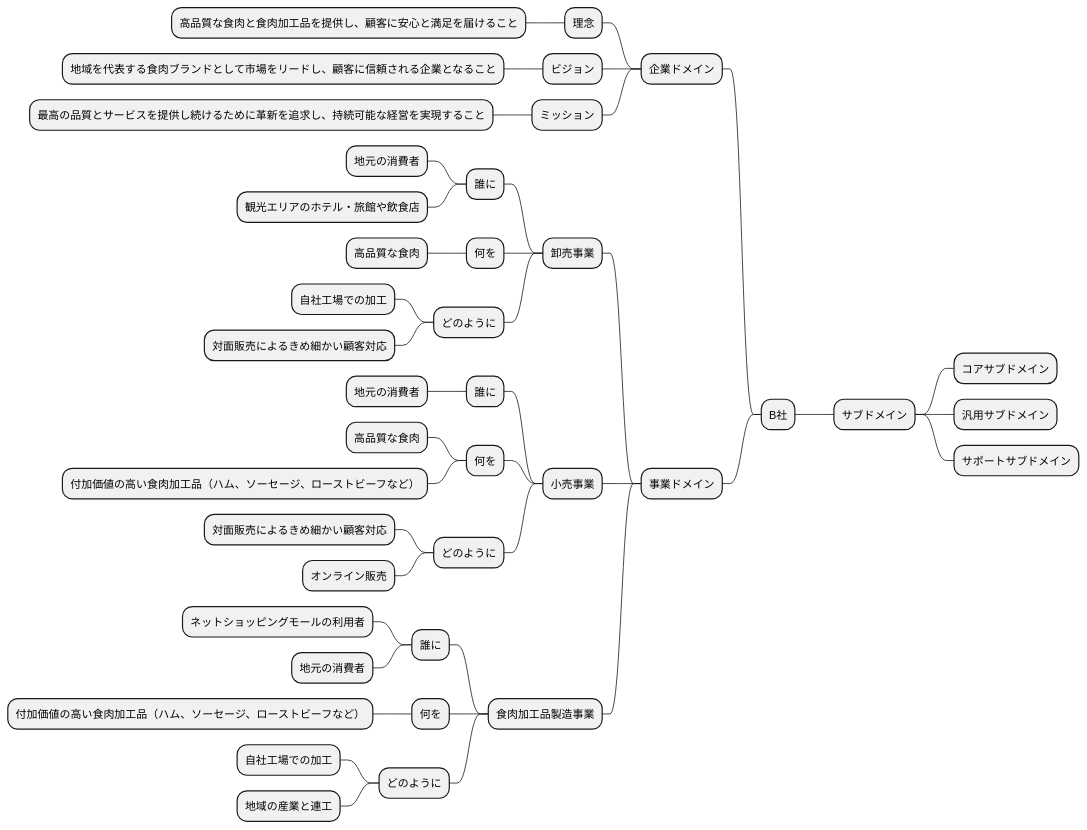
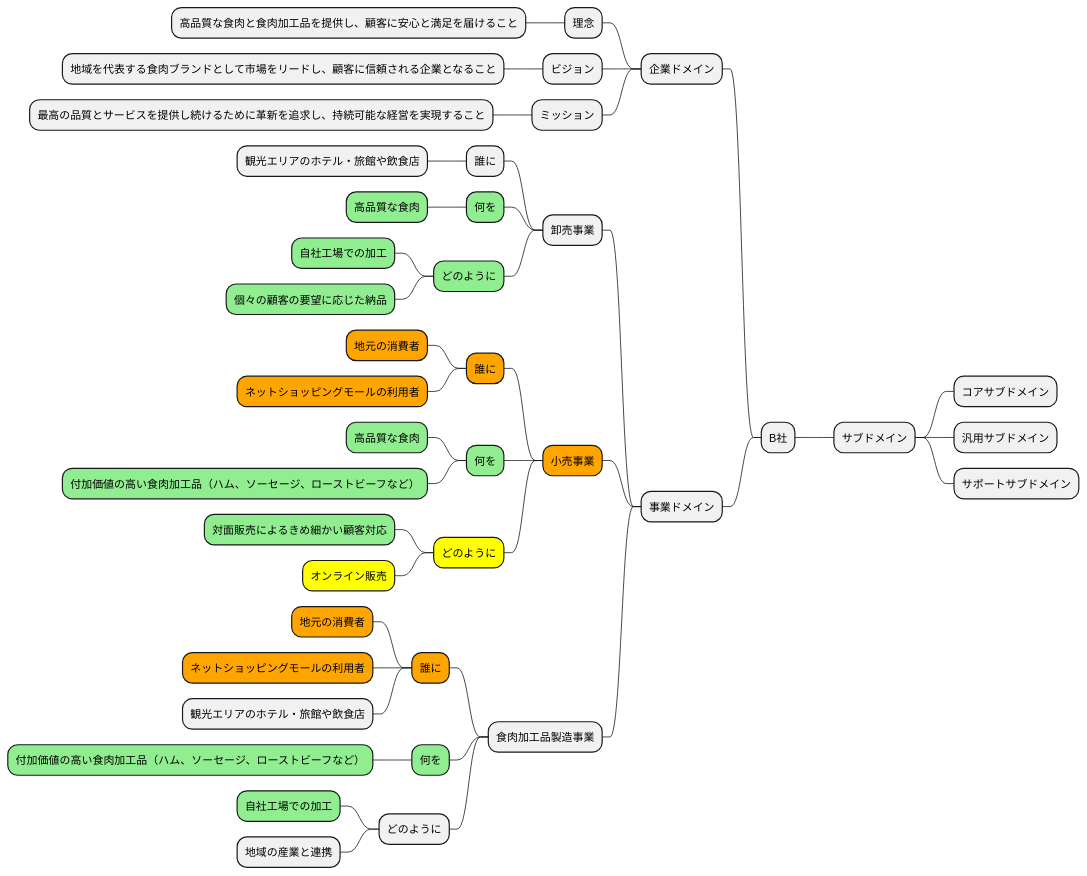
One commit to k2works/case-sutudy-business-analysis changed diagram 12 of 15 in docs/case/r04_case_2.adoc. Above: the diagram before and after it, drawn with PlantUML. The commit also changed other lines of this file, not shown here.

```diff
--- a/docs/case/r04_case_2.adoc
+++ b/docs/case/r04_case_2.adoc
@@ -733,47 +787,48 @@
 [plantuml]
 ----
 @startmindmap
 
 * B社
 -- 企業ドメイン
 --- 理念
 ---- 高品質な食肉と食肉加工品を提供し、顧客に安心と満足を届けること
 --- ビジョン
 ---- 地域を代表する食肉ブランドとして市場をリードし、顧客に信頼される企業となること
 --- ミッション
 ---- 最高の品質とサービスを提供し続けるために革新を追求し、持続可能な経営を実現すること
 -- 事業ドメイン
 --- 卸売事業
 ---- 誰に
------ 地元の消費者
 ----- 観光エリアのホテル・旅館や飲食店
----- 何を
------ 高品質な食肉
+----[#lightgreen] 何を
+-----[#lightgreen] 高品質な食肉
+----[#lightgreen] どのように
+-----[#lightgreen] 自社工場での加工
+-----[#lightgreen]  個々の顧客の要望に応じた納品
+---[#orange] 小売事業
+----[#orange] 誰に
+-----[#orange] 地元の消費者
+-----[#orange] ネットショッピングモールの利用者
+----[#lightgreen] 何を
+-----[#lightgreen] 高品質な食肉
+-----[#lightgreen]  付加価値の高い食肉加工品（ハム、ソーセージ、ローストビーフなど）
+----[#yellow] どのように
+-----[#lightgreen]  対面販売によるきめ細かい顧客対応
+-----[#yellow] オンライン販売
+--- 食肉加工品製造事業
+----[#orange] 誰に
+-----[#orange] 地元の消費者
+-----[#orange] ネットショッピングモールの利用者
+----- 観光エリアのホテル・旅館や飲食店
+----[#lightgreen] 何を
+-----[#lightgreen] 付加価値の高い食肉加工品（ハム、ソーセージ、ローストビーフなど）
 ---- どのように
------ 自社工場での加工
------ 対面販売によるきめ細かい顧客対応
---- 小売事業
----- 誰に
------ 地元の消費者
----- 何を
------ 高品質な食肉
------ 付加価値の高い食肉加工品（ハム、ソーセージ、ローストビーフなど）
----- どのように
------ 対面販売によるきめ細かい顧客対応
------ オンライン販売
---- 食肉加工品製造事業
----- 誰に
------ ネットショッピングモールの利用者
------ 地元の消費者
----- 何を
------ 付加価値の高い食肉加工品（ハム、ソーセージ、ローストビーフなど）
----- どのように
------ 自社工場での加工
------ 地域の産業と連工
+-----[#lightgreen] 自社工場での加工
+----- 地域の産業と連携
 ** サブドメイン
 *** コアサブドメイン
 *** 汎用サブドメイン
 *** サポートサブドメイン
 
 @endmindmap
 ----
```
